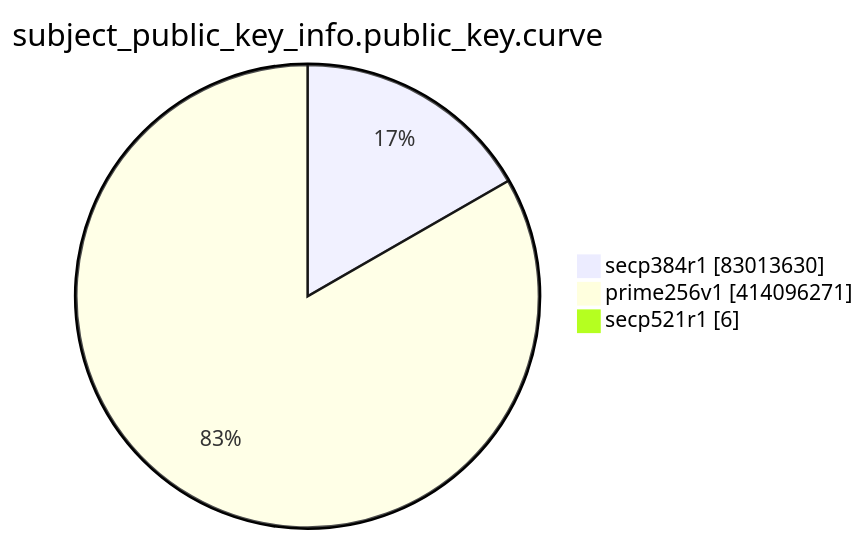
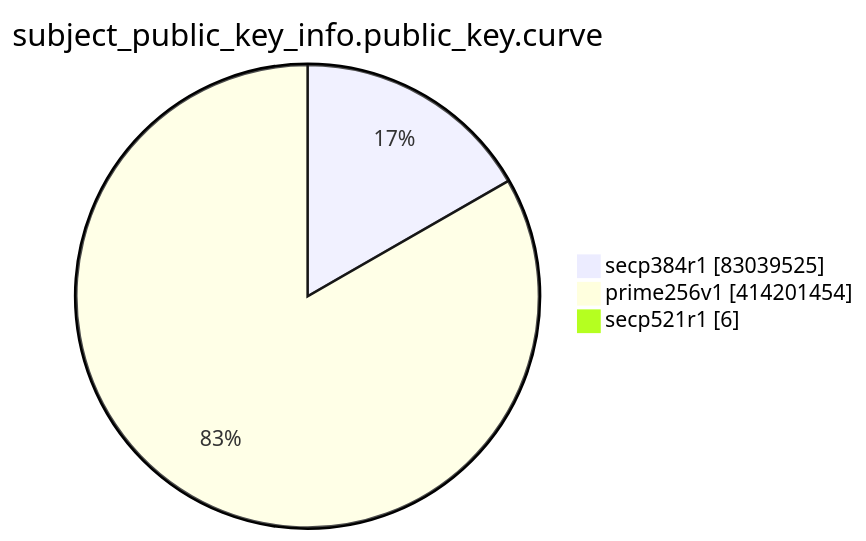
Before and after one commit to christiankrug/ctmonitor_visualization: the eighth of 15 diagrams in TOTAL/README.md, drawn with Mermaid. The commit also changed other lines of this file, not shown here.

````diff
--- a/TOTAL/README.md
+++ b/TOTAL/README.md
@@ -3098,7 +3098,7 @@
 ```mermaid
 pie showData
 title subject_public_key_info.public_key.curve
-"secp384r1" :83013630
-"prime256v1" :414096271
+"secp384r1" :83039525
+"prime256v1" :414201454
 "secp521r1" :6
 ```
````
